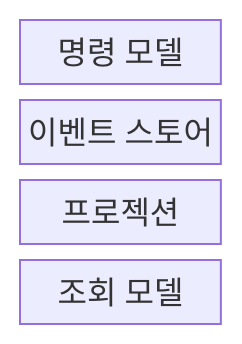
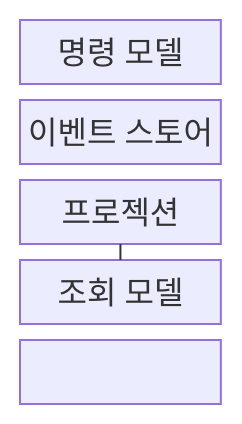
One commit to agnusdei1207/knowledge-base changed the first of 2 diagrams in src/content/docs/notes/03-software/043_event_sourcing_cqrs.md. Above: the diagram before and after it, drawn with Mermaid. The commit also changed other lines of this file and 238 other files, not shown here.

````diff
--- a/src/content/docs/notes/03-software/043_event_sourcing_cqrs.md
+++ b/src/content/docs/notes/03-software/043_event_sourcing_cqrs.md
@@ -66,8 +66,10 @@
 ```mermaid
-block
+block-beta
   columns 1
   M["명령 모델"]
   E["이벤트 스토어"]
   P["프로젝션"]
   R["조회 모델"]
+  M --- E --- P
+  P --- R
 ```
````
